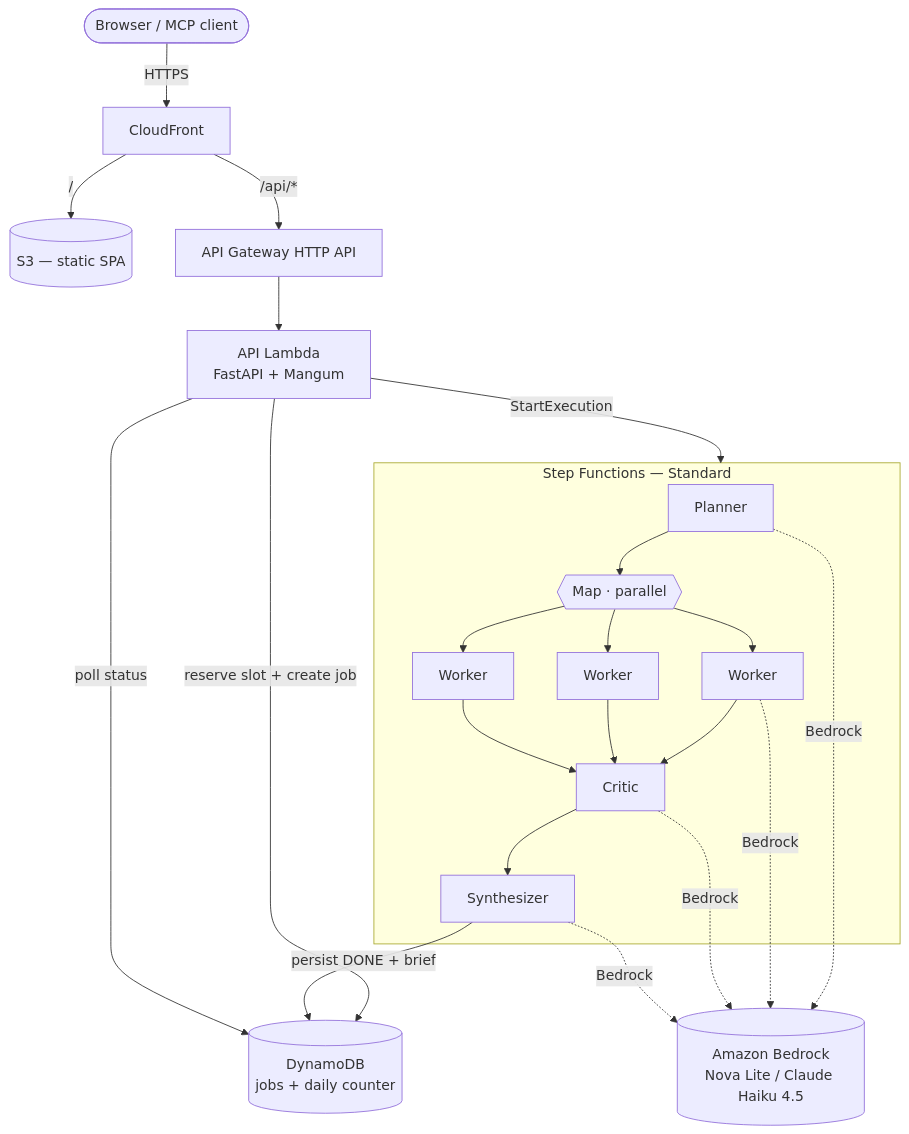
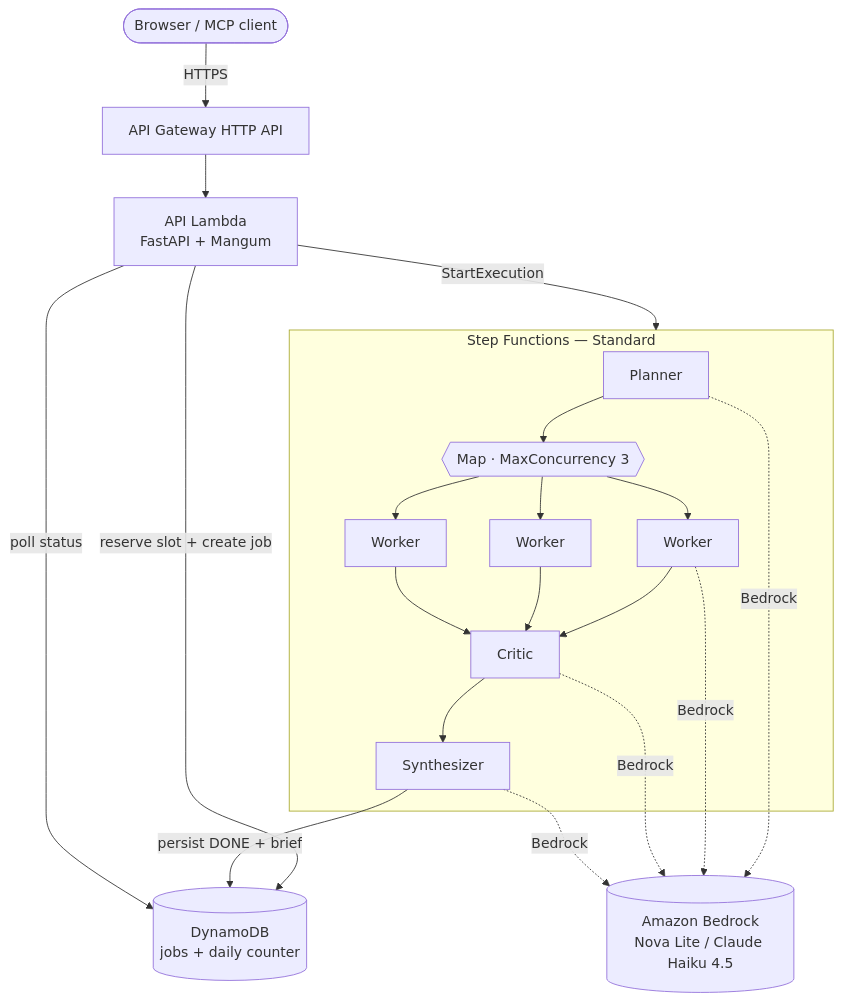
One commit to Ewertonslv/scout changed the diagram in README.md. Above: the diagram before and after it, drawn with Mermaid. The commit also changed other lines of this file and 5 other files, not shown here.

````diff
--- a/README.md
+++ b/README.md
@@ -41,27 +39,25 @@
 ```mermaid
 flowchart TD
-    U([Browser / MCP client]) -->|HTTPS| CF[CloudFront]
-    CF -->|/| S3[(S3 — static SPA)]
-    CF -->|/api/*| API[API Gateway HTTP API]
+    U([Browser / MCP client]) -->|HTTPS| API[API Gateway HTTP API]
     API --> L[API Lambda<br/>FastAPI + Mangum]
     L -->|reserve slot + create job| DB[(DynamoDB<br/>jobs + daily counter)]
     L -->|StartExecution| SF[Step Functions]
 
     subgraph SF[Step Functions — Standard]
-      P[Planner] --> M{{Map · parallel}}
+      P[Planner] --> M{{Map · MaxConcurrency 3}}
       M --> W1[Worker]
       M --> W2[Worker]
       M --> W3[Worker]
       W1 --> C[Critic]
       W2 --> C
       W3 --> C
       C --> Y[Synthesizer]
     end
 
     P -. Bedrock .-> BR[(Amazon Bedrock<br/>Nova Lite / Claude Haiku 4.5)]
     W1 -. Bedrock .-> BR
     C -. Bedrock .-> BR
     Y -. Bedrock .-> BR
     Y -->|persist DONE + brief| DB
     L -->|poll status| DB
 ```
````
